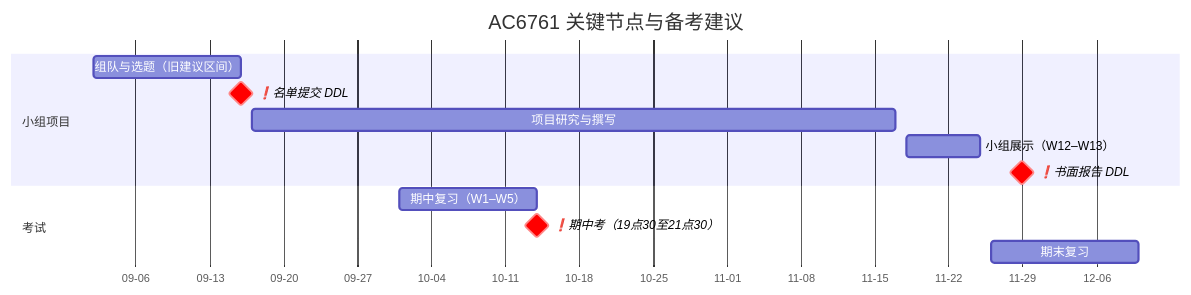
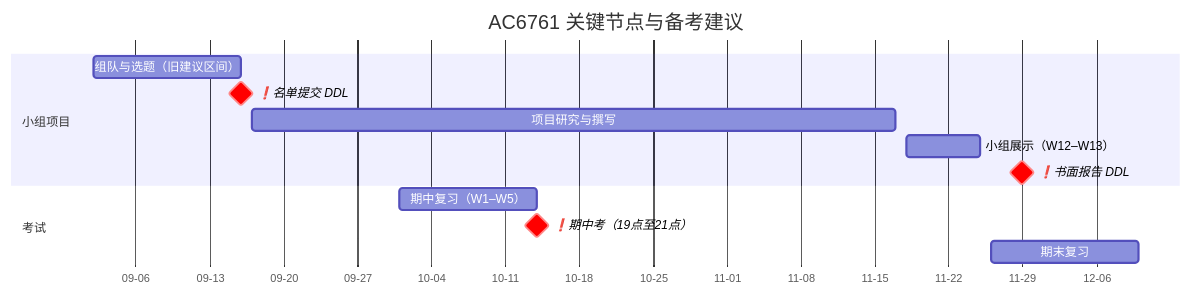
Before and after one commit to CercaTrovato/cityu-ai-course-notes: the diagram in AC6761_Artificial_Intelligence_Accounting/_meta/作业与DDL.md, drawn with Mermaid. The commit also changed other lines of this file and 198 other files, not shown here.

````diff
--- a/AC6761_Artificial_Intelligence_Accounting/_meta/作业与DDL.md
+++ b/AC6761_Artificial_Intelligence_Accounting/_meta/作业与DDL.md
@@ -140,16 +140,16 @@
 ```mermaid
 gantt
     dateFormat YYYY-MM-DD
     axisFormat %m-%d
     title AC6761 关键节点与备考建议
     section 小组项目
     组队与选题（旧建议区间） :a1, 2026-09-02, 2026-09-16
     ❗名单提交 DDL           :milestone, crit, m1, 2026-09-16, 0d
     项目研究与撰写           :a2, 2026-09-17, 2026-11-17
     小组展示（W12–W13）      :a3, 2026-11-18, 2026-11-25
     ❗书面报告 DDL           :milestone, crit, m2, 2026-11-29, 0d
     section 考试
     期中复习（W1–W5）        :b1, 2026-10-01, 2026-10-14
-    ❗期中考（19点30至21点30） :milestone, crit, m3, 2026-10-14, 0d
+    ❗期中考（19点至21点）       :milestone, crit, m3, 2026-10-14, 0d
     期末复习                 :b2, 2026-11-26, 2026-12-10
 ```
````
